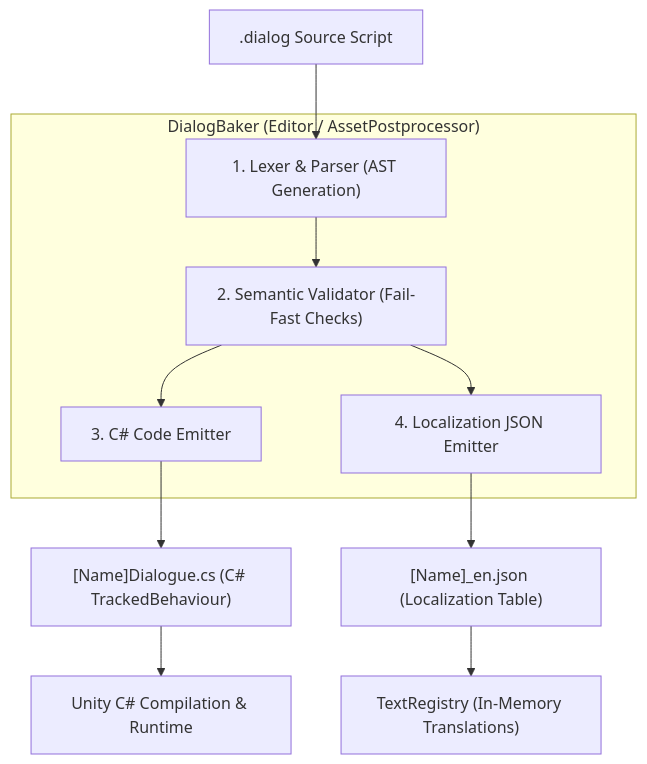
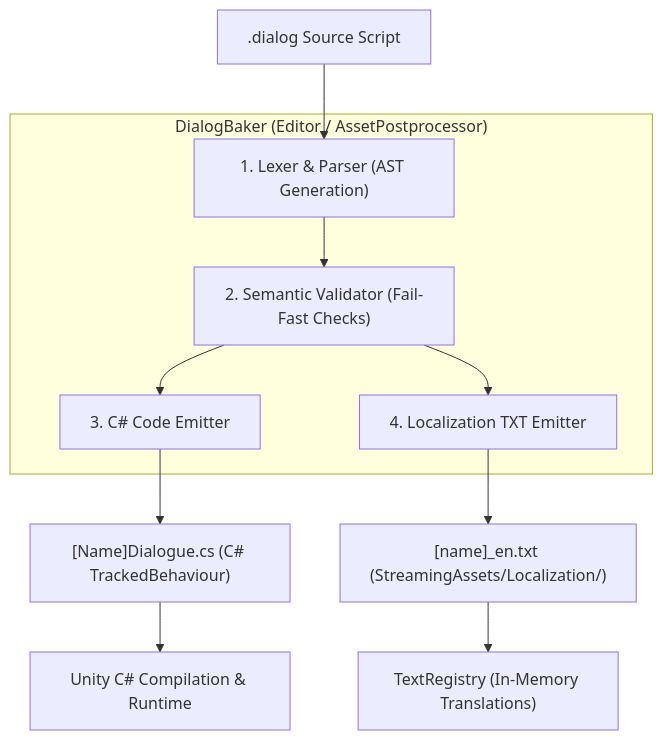
One commit to ThiagoDAraujoS/Hollow-Signal changed the diagram in Assets/ProjectManagement/Dialogue Compiler & Code Generation Architecture.md. Above: the diagram before and after it, drawn with Mermaid. The commit also changed other lines of this file and 43 other files, not shown here.

````diff
--- a/Assets/ProjectManagement/Dialogue Compiler & Code Generation Architecture.md
+++ b/Assets/ProjectManagement/Dialogue Compiler & Code Generation Architecture.md
@@ -11,23 +11,23 @@
 ```mermaid
 graph TD
     Source[".dialog Source Script"]
     
     subgraph Compiler ["DialogBaker (Editor / AssetPostprocessor)"]
         Lexer["1. Lexer & Parser (AST Generation)"]
         Validator["2. Semantic Validator (Fail-Fast Checks)"]
         EmitterCS["3. C# Code Emitter"]
-        EmitterLoc["4. Localization JSON Emitter"]
+        EmitterLoc["4. Localization TXT Emitter"]
         
         Lexer --> Validator
         Validator --> EmitterCS
         Validator --> EmitterLoc
     end
     
     Source --> Lexer
     
     EmitterCS --> CSFile["[Name]Dialogue.cs (C# TrackedBehaviour)"]
-    EmitterLoc --> LocFile["[Name]_en.json (Localization Table)"]
+    EmitterLoc --> LocFile["[name]_en.txt (StreamingAssets/Localization/)"]
     
     CSFile --> RuntimeEngine["Unity C# Compilation & Runtime"]
     LocFile --> TextRegistry["TextRegistry (In-Memory Translations)"]
 ```
````
